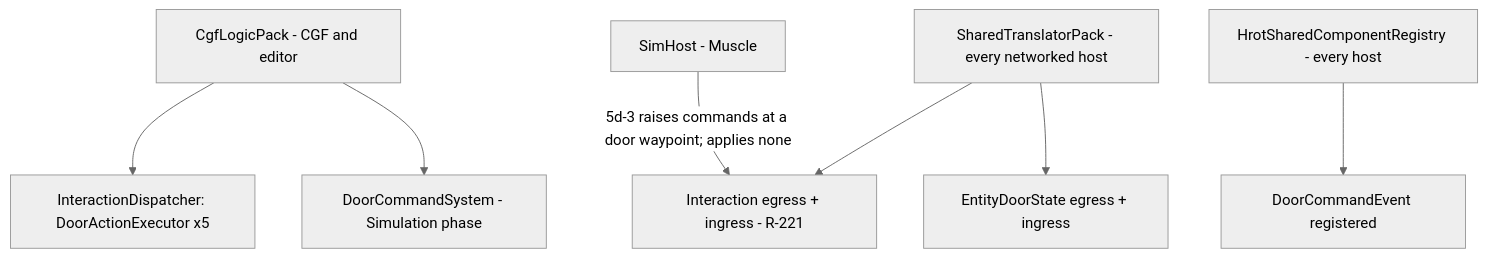
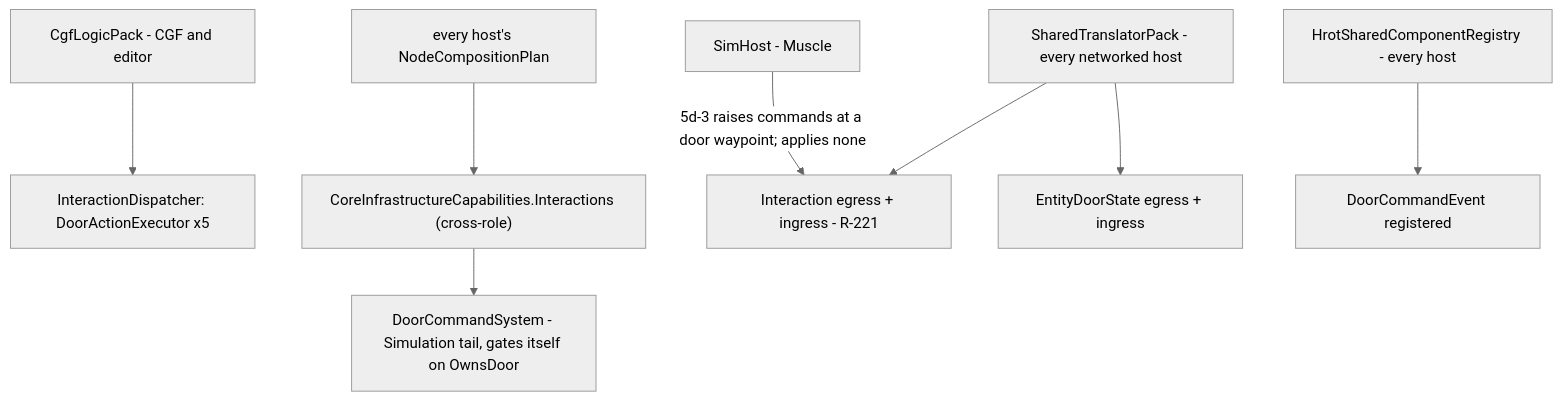
Diagram 19 of 34 in docs/DESIGN_Building_Interiors.md (pjanec/HROT), drawn with Mermaid (neutral theme) before and after one commit. The commit also changed other lines of this file and 16 other files, not shown here.

````diff
--- a/docs/DESIGN_Building_Interiors.md
+++ b/docs/DESIGN_Building_Interiors.md
@@ -837,9 +837,10 @@
 ```mermaid
 graph TD
     CGF[CgfLogicPack - CGF and editor] --> DIS[InteractionDispatcher: DoorActionExecutor x5]
-    CGF --> DCS[DoorCommandSystem - Simulation phase]
+    PLAN["every host's NodeCompositionPlan"] --> ICAP["CoreInfrastructureCapabilities.Interactions (cross-role)"]
+    ICAP --> DCS[DoorCommandSystem - Simulation tail, gates itself on OwnsDoor]
     STP[SharedTranslatorPack - every networked host] --> EG[Interaction egress + ingress - R-221]
     STP --> DSE[EntityDoorState egress + ingress]
     REG[HrotSharedComponentRegistry - every host] --> EV[DoorCommandEvent registered]
     SIM[SimHost - Muscle] -->|5d-3 raises commands at a door waypoint; applies none| EG
 ```
````
